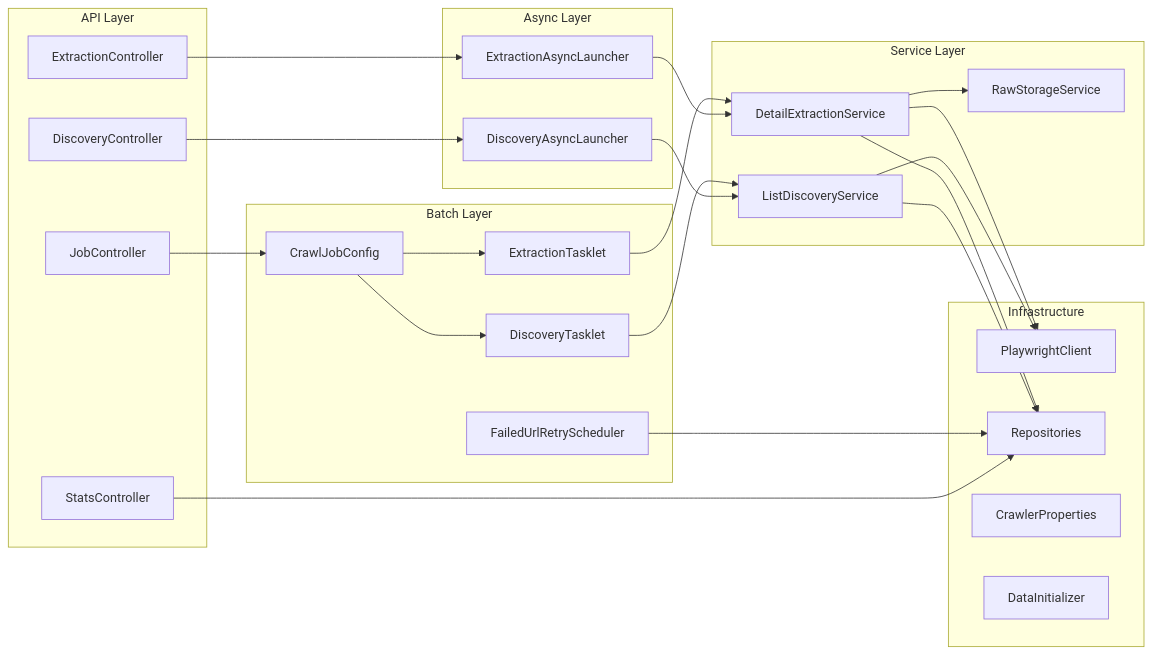
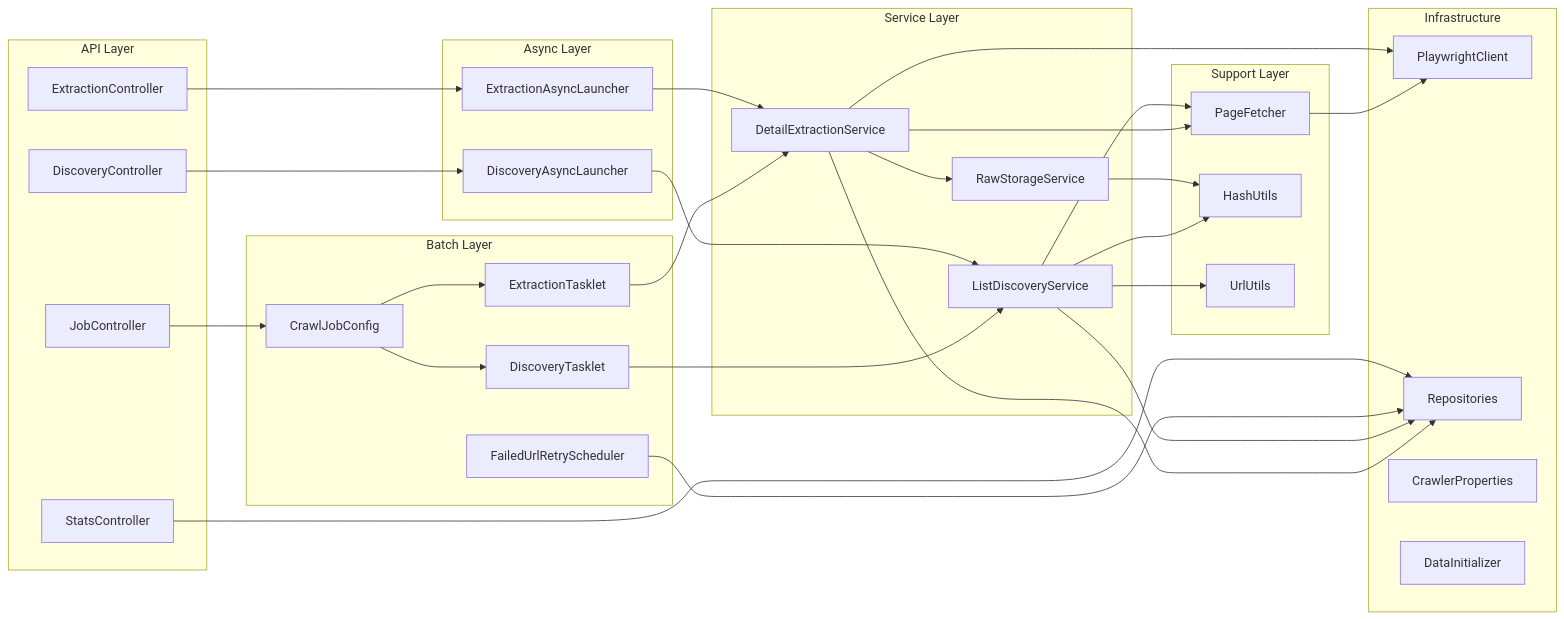
Before and after one commit to hneyra/crawler: the diagram in docs/modules.md, drawn with Mermaid. The commit also changed other lines of this file and 19 other files, not shown here.

````diff
--- a/docs/modules.md
+++ b/docs/modules.md
@@ -5,47 +5,58 @@
 ```mermaid
 graph LR
     subgraph "API Layer"
         DC[DiscoveryController]
         EC[ExtractionController]
         JC[JobController]
         SC[StatsController]
     end
 
     subgraph "Async Layer"
         DAL[DiscoveryAsyncLauncher]
         EAL[ExtractionAsyncLauncher]
     end
 
     subgraph "Service Layer"
         LDS[ListDiscoveryService]
         DES[DetailExtractionService]
         RSS[RawStorageService]
     end
 
     subgraph "Batch Layer"
         CJC[CrawlJobConfig]
         DT[DiscoveryTasklet]
         ET[ExtractionTasklet]
         FRS[FailedUrlRetryScheduler]
     end
 
+    subgraph "Support Layer"
+        PF[PageFetcher]
+        HU[HashUtils]
+        UU[UrlUtils]
+    end
+
     subgraph "Infrastructure"
         PC[PlaywrightClient]
         REPO[Repositories]
         CP[CrawlerProperties]
         DI[DataInitializer]
     end
 
     DC --> DAL --> LDS
     EC --> EAL --> DES
     JC --> CJC
     CJC --> DT --> LDS
     CJC --> ET --> DES
     SC --> REPO
     FRS --> REPO
-    LDS --> PC
+    LDS --> PF
     LDS --> REPO
+    DES --> PF
     DES --> PC
     DES --> REPO
     DES --> RSS
+    PF --> PC
+    RSS --> HU
+    LDS --> HU
+    LDS --> UU
 ```
````
